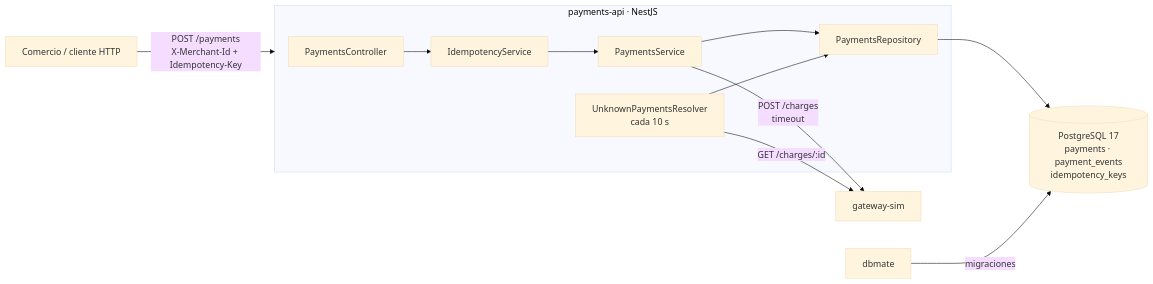
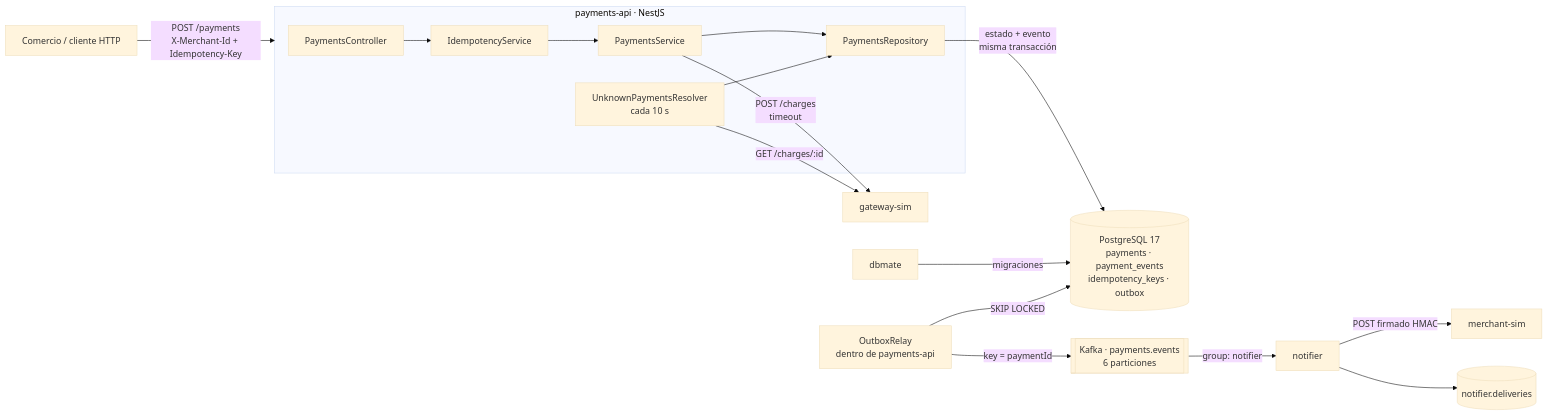
Before and after one commit to Giancho2000/pago-lab: the first of 2 diagrams in README.md, drawn with Mermaid (base theme). The commit also changed other lines of this file and 11 other files, not shown here.

````diff
--- a/README.md
+++ b/README.md
@@ -46,16 +54,22 @@
 ```mermaid
 flowchart LR
   C[Comercio / cliente HTTP] -->|"POST /payments<br/>X-Merchant-Id + Idempotency-Key"| API
 
   subgraph API[payments-api · NestJS]
     CTRL[PaymentsController] --> IDEM[IdempotencyService]
     IDEM --> SVC[PaymentsService]
     SVC --> REPO[PaymentsRepository]
     RES[UnknownPaymentsResolver<br/>cada 10 s] --> REPO
   end
 
   SVC -->|"POST /charges<br/>timeout"| GW[gateway-sim]
   RES -->|"GET /charges/:id"| GW
-  REPO --> PG[(PostgreSQL 17<br/>payments · payment_events<br/>idempotency_keys)]
+  REPO -->|"estado + evento<br/>misma transacción"| PG[(PostgreSQL 17<br/>payments · payment_events<br/>idempotency_keys · outbox)]
   MIG[dbmate] -->|migraciones| PG
+
+  RELAY[OutboxRelay<br/>dentro de payments-api] -->|"SKIP LOCKED"| PG
+  RELAY -->|"key = paymentId"| K[[Kafka · payments.events<br/>6 particiones]]
+  K -->|"group: notifier"| N[notifier]
+  N -->|"POST firmado HMAC"| MS[merchant-sim]
+  N --> ND[(notifier.deliveries)]
 ```
````
